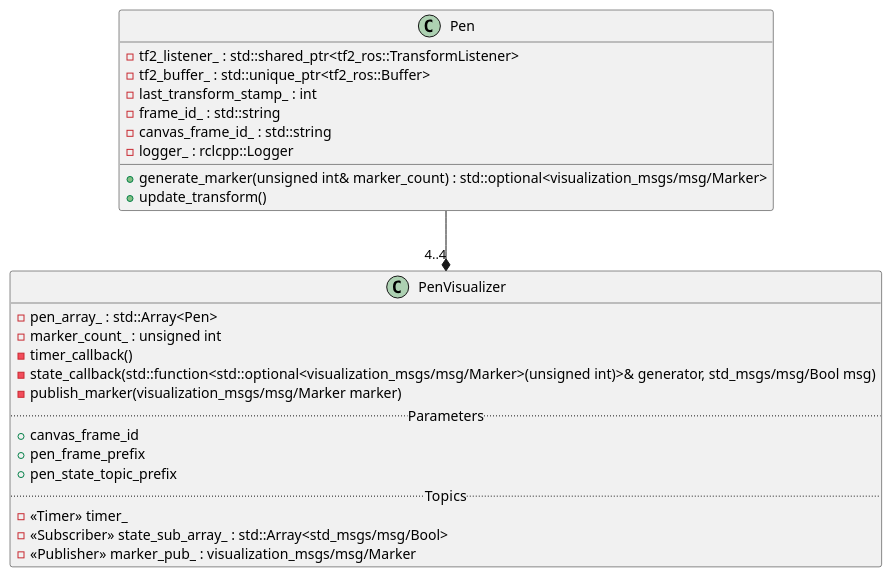
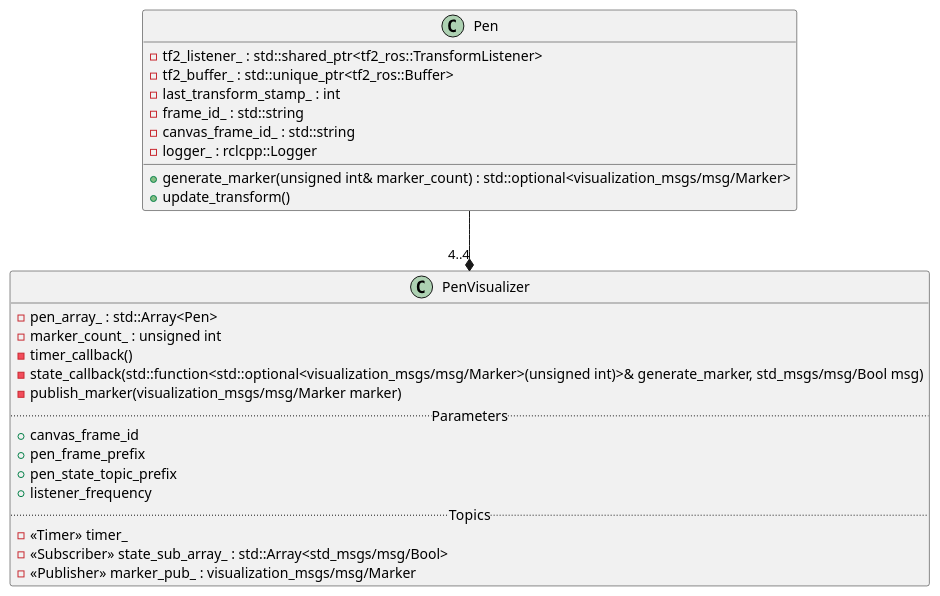
The first of 2 diagrams in docs/puml/pen_visualizer.puml (zbrotherton/RRC-RAI-ROS2), drawn with PlantUML before and after one commit. The commit also changed 3 other files, not shown here.

```diff
--- a/docs/puml/pen_visualizer.puml
+++ b/docs/puml/pen_visualizer.puml
@@ -1,31 +1,32 @@
 @startuml PenVisualizerClass
 
 class Pen{
     -tf2_listener_ : std::shared_ptr<tf2_ros::TransformListener>
     -tf2_buffer_ : std::unique_ptr<tf2_ros::Buffer>
     -last_transform_stamp_ : int
     -frame_id_ : std::string
     -canvas_frame_id_ : std::string
     -logger_ : rclcpp::Logger
     +generate_marker(unsigned int& marker_count) : std::optional<visualization_msgs/msg/Marker>
     +update_transform()
 }
 
 class PenVisualizer{
     -pen_array_ : std::Array<Pen>
     -marker_count_ : unsigned int
     -timer_callback()
-    -state_callback(std::function<std::optional<visualization_msgs/msg/Marker>(unsigned int)>& generator, std_msgs/msg/Bool msg)
+    -state_callback(std::function<std::optional<visualization_msgs/msg/Marker>(unsigned int)>& generate_marker, std_msgs/msg/Bool msg)
     -publish_marker(visualization_msgs/msg/Marker marker)
     .. Parameters ..
     +canvas_frame_id
     +pen_frame_prefix
     +pen_state_topic_prefix
+    +listener_frequency
     .. Topics ..
     -<<Timer>> timer_
     -<<Subscriber>> state_sub_array_ : std::Array<std_msgs/msg/Bool>
     -<<Publisher>> marker_pub_ : visualization_msgs/msg/Marker
 }
 
 Pen --* "4..4" PenVisualizer
 @enduml
```
